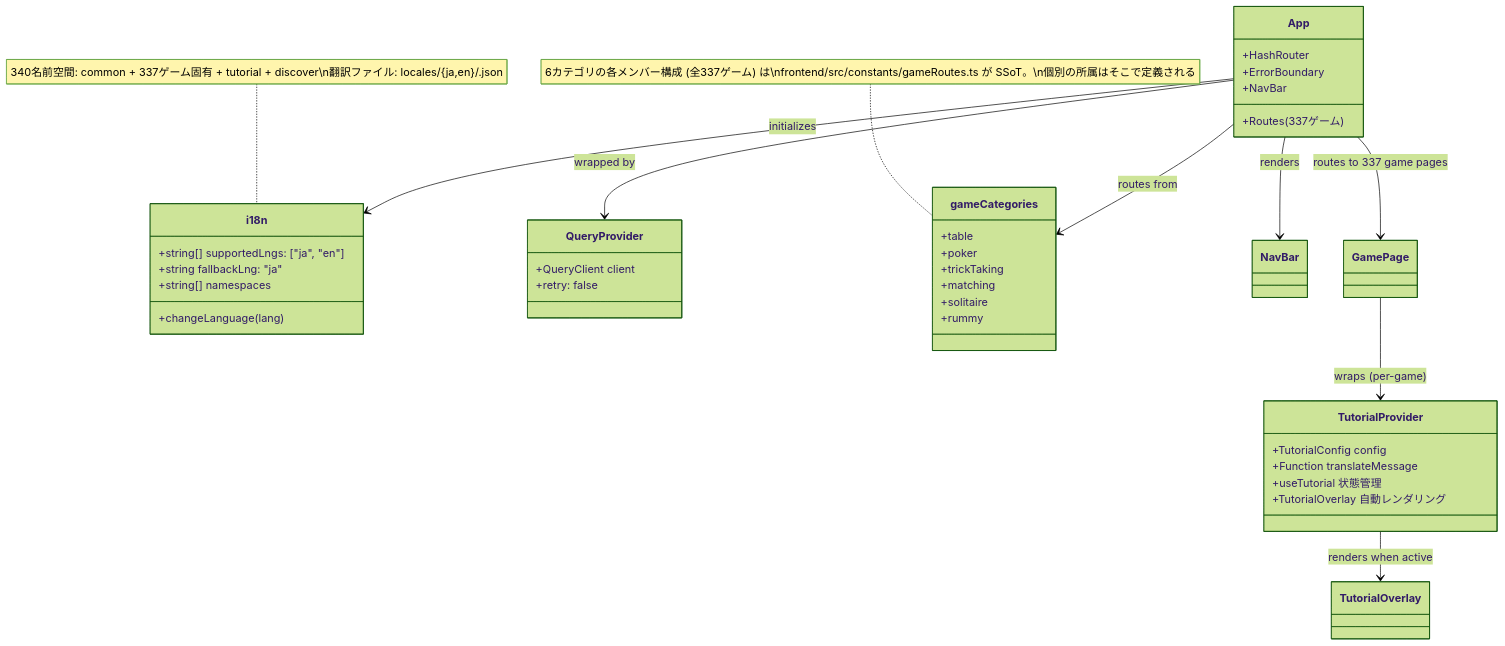
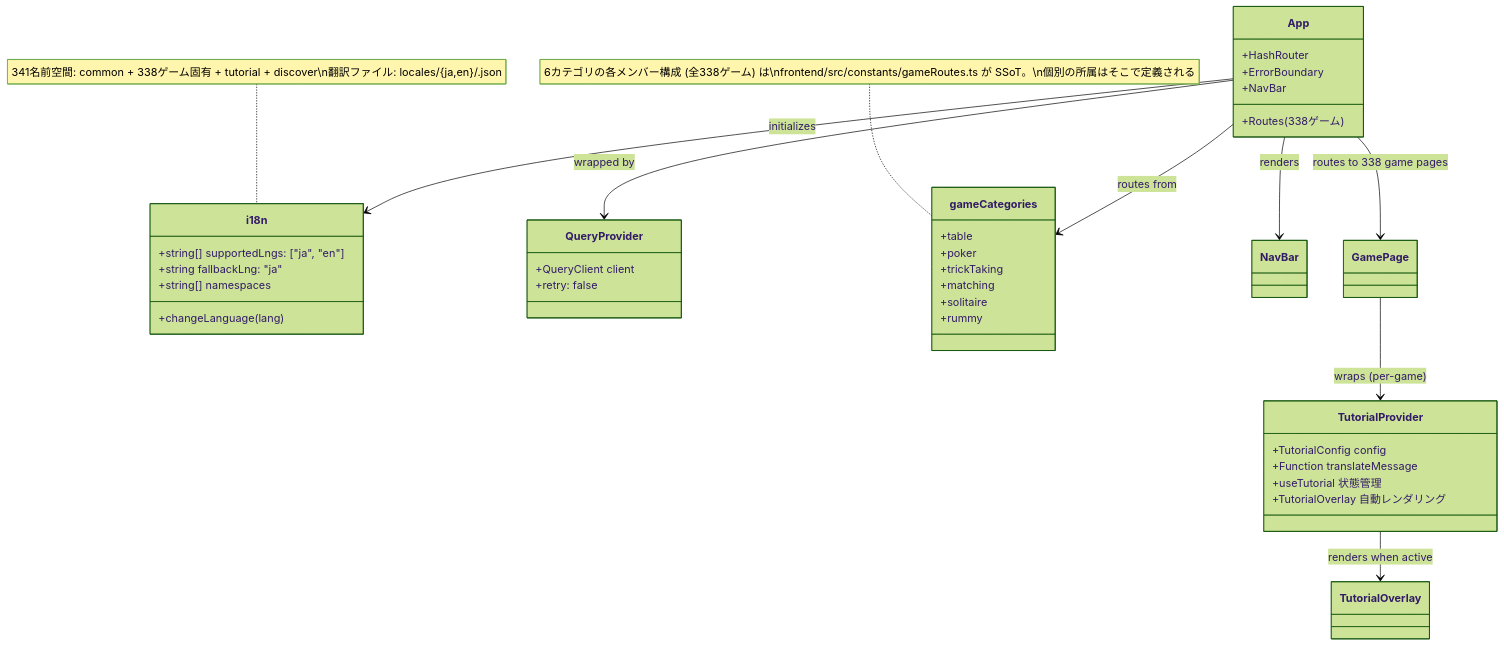
One commit to yuta-yoshinaga/go_trumpcards changed the ninth of 49 diagrams in docs/design/frontend.md. Above: the diagram before and after it, drawn with Mermaid (forest theme). The commit also changed other lines of this file and 65 other files, not shown here.

````diff
--- a/docs/design/frontend.md
+++ b/docs/design/frontend.md
@@ -1874,48 +1874,48 @@
 ```mermaid
 classDiagram
     class i18n {
         +string[] supportedLngs: ["ja", "en"]
         +string fallbackLng: "ja"
         +string[] namespaces
         +changeLanguage(lang)
     }
 
     class QueryProvider {
         +QueryClient client
         +retry: false
     }
 
     class App {
         +HashRouter
         +ErrorBoundary
         +NavBar
-        +Routes (337ゲーム)
+        +Routes (338ゲーム)
     }
 
     class gameCategories {
         +table
         +poker
         +trickTaking
         +matching
         +solitaire
         +rummy
     }
-    note for gameCategories "6カテゴリの各メンバー構成 (全337ゲーム) は\nfrontend/src/constants/gameRoutes.ts が SSoT。\n個別の所属はそこで定義される"
+    note for gameCategories "6カテゴリの各メンバー構成 (全338ゲーム) は\nfrontend/src/constants/gameRoutes.ts が SSoT。\n個別の所属はそこで定義される"
 
     class TutorialProvider {
         +TutorialConfig config
         +Function translateMessage
         +useTutorial 状態管理
         +TutorialOverlay 自動レンダリング
     }
 
     App --> QueryProvider : wrapped by
     App --> i18n : initializes
     App --> gameCategories : routes from
     App --> NavBar : renders
-    App --> GamePage : routes to 337 game pages
+    App --> GamePage : routes to 338 game pages
     GamePage --> TutorialProvider : wraps (per-game)
     TutorialProvider --> TutorialOverlay : renders when active
 
-    note for i18n "340名前空間: common + 337ゲーム固有 + tutorial + discover\n翻訳ファイル: locales/{ja,en}/<game>.json"
+    note for i18n "341名前空間: common + 338ゲーム固有 + tutorial + discover\n翻訳ファイル: locales/{ja,en}/<game>.json"
 ```
````
